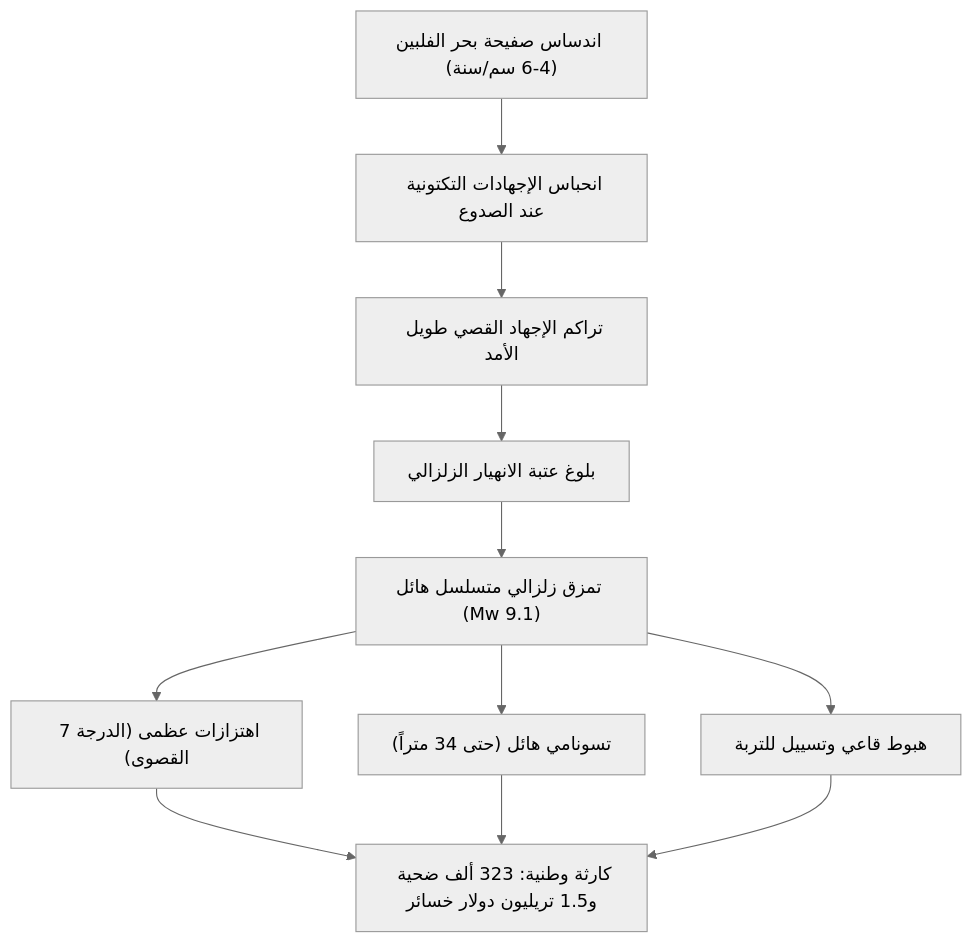
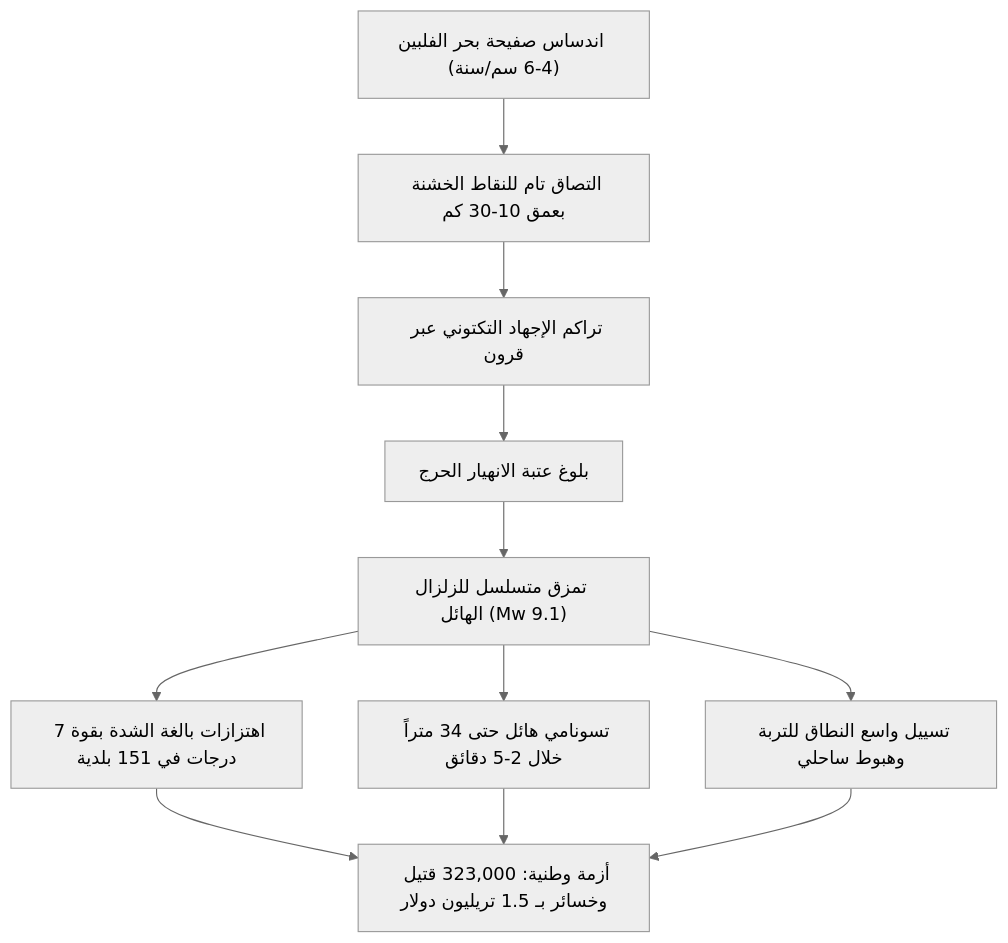
One commit to kenjinote/blog changed the diagram in content/post/nankai-trough-megathrust-earthquake-scientific-guide-disaster-prevention/index.ar.md. Above: the diagram before and after it, drawn with Mermaid (neutral theme). The commit also changed other lines of this file and 12 other files, not shown here.

````diff
--- a/content/post/nankai-trough-megathrust-earthquake-scientific-guide-disaster-prevention/index.ar.md
+++ b/content/post/nankai-trough-megathrust-earthquake-scientific-guide-disaster-prevention/index.ar.md
@@ -17,13 +27,11 @@
 ```mermaid
 flowchart TD
-    P1["اندساس صفيحة بحر الفلبين (4-6 سم/سنة)"] --> P2["انحباس الإجهادات التكتونية عند الصدوع"]
-    P2 --> P3["تراكم الإجهاد القصي طويل الأمد"]
-    P3 --> P4["بلوغ عتبة الانهيار الزلزالي"]
-    P4 --> P5["تمزق زلزالي متسلسل هائل (Mw 9.1)"]
-    P5 --> E1["اهتزازات عظمى (الدرجة 7 القصوى)"]
-    P5 --> E2["تسونامي هائل (حتى 34 متراً)"]
-    P5 --> E3["هبوط قاعي وتسييل للتربة"]
-    E1 --> TOTAL["كارثة وطنية: 323 ألف ضحية و1.5 تريليون دولار خسائر"]
-    E2 --> TOTAL
-    E3 --> TOTAL
+    P1["اندساس صفيحة بحر الفلبين (4-6 سم/سنة)"] --> P2["التصاق تام للنقاط الخشنة بعمق 10-30 كم"]
+    P2 --> P3["تراكم الإجهاد التكتوني عبر قرون"]
+    P3 --> P4["بلوغ عتبة الانهيار الحرج"]
+    P4 --> P5["تمزق متسلسل للزلزال الهائل (Mw 9.1)"]
+    P5 --> E1["اهتزازات بالغة الشدة بقوة 7 درجات في 151 بلدية"]
+    P5 --> E2["تسونامي هائل حتى 34 متراً خلال 2-5 دقائق"]
+    P5 --> E3["تسييل واسع النطاق للتربة وهبوط ساحلي"]
+    E1 & E2 & E3 --> TOTAL["أزمة وطنية: 323,000 قتيل وخسائر بـ 1.5 تريليون دولار"]
 ```
````
